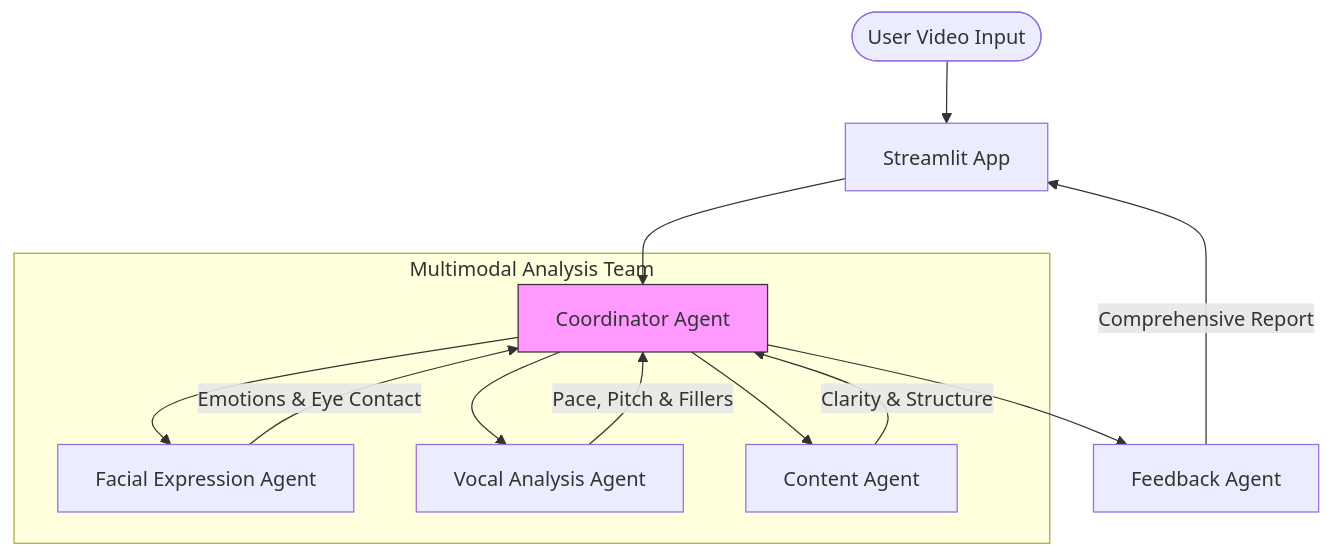
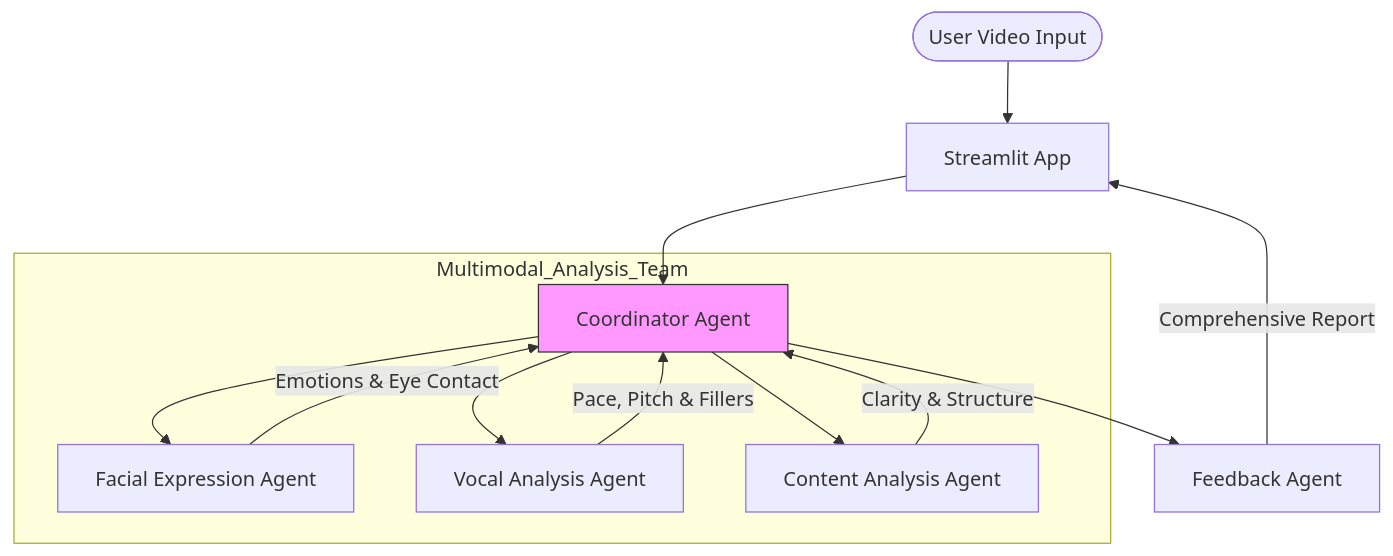
One commit to Hazbilal3/ai_agent changed the diagram in speech_trainer_agent/README.md. Above: the diagram before and after it, drawn with Mermaid. The commit also changed other lines of this file, not shown here.

First line of the commit message:
Revise README for clarity and updated authorship

`````diff
--- a/speech_trainer_agent/README.md
+++ b/speech_trainer_agent/README.md
@@ -15,20 +27,20 @@
 ```mermaid
 graph TD
-    User([User Video Input]) --> App[Streamlit App]
-    App --> Coordinator[Coordinator Agent]
-    
-    subgraph "Multimodal Analysis Team"
-    Coordinator --> Facial[Facial Expression Agent]
-    Coordinator --> Vocal[Vocal Analysis Agent]
-    Coordinator --> Content[Content Agent]
-    
-    Facial -- "Emotions & Eye Contact" --> Coordinator
-    Vocal -- "Pace, Pitch & Fillers" --> Coordinator
-    Content -- "Clarity & Structure" --> Coordinator
+    User([User Video Input]) --> UI[Streamlit App]
+    UI --> Coordinator[Coordinator Agent]
+
+    subgraph Multimodal_Analysis_Team
+        Coordinator --> Facial[Facial Expression Agent]
+        Coordinator --> Vocal[Vocal Analysis Agent]
+        Coordinator --> Content[Content Analysis Agent]
+
+        Facial -->|Emotions & Eye Contact| Coordinator
+        Vocal -->|Pace, Pitch & Fillers| Coordinator
+        Content -->|Clarity & Structure| Coordinator
     end
-    
+
     Coordinator --> Feedback[Feedback Agent]
-    Feedback -- "Comprehensive Report" --> App
-    
+    Feedback -->|Comprehensive Report| UI
+
     style Coordinator fill:#f9f,stroke:#333
-```
+````
`````
